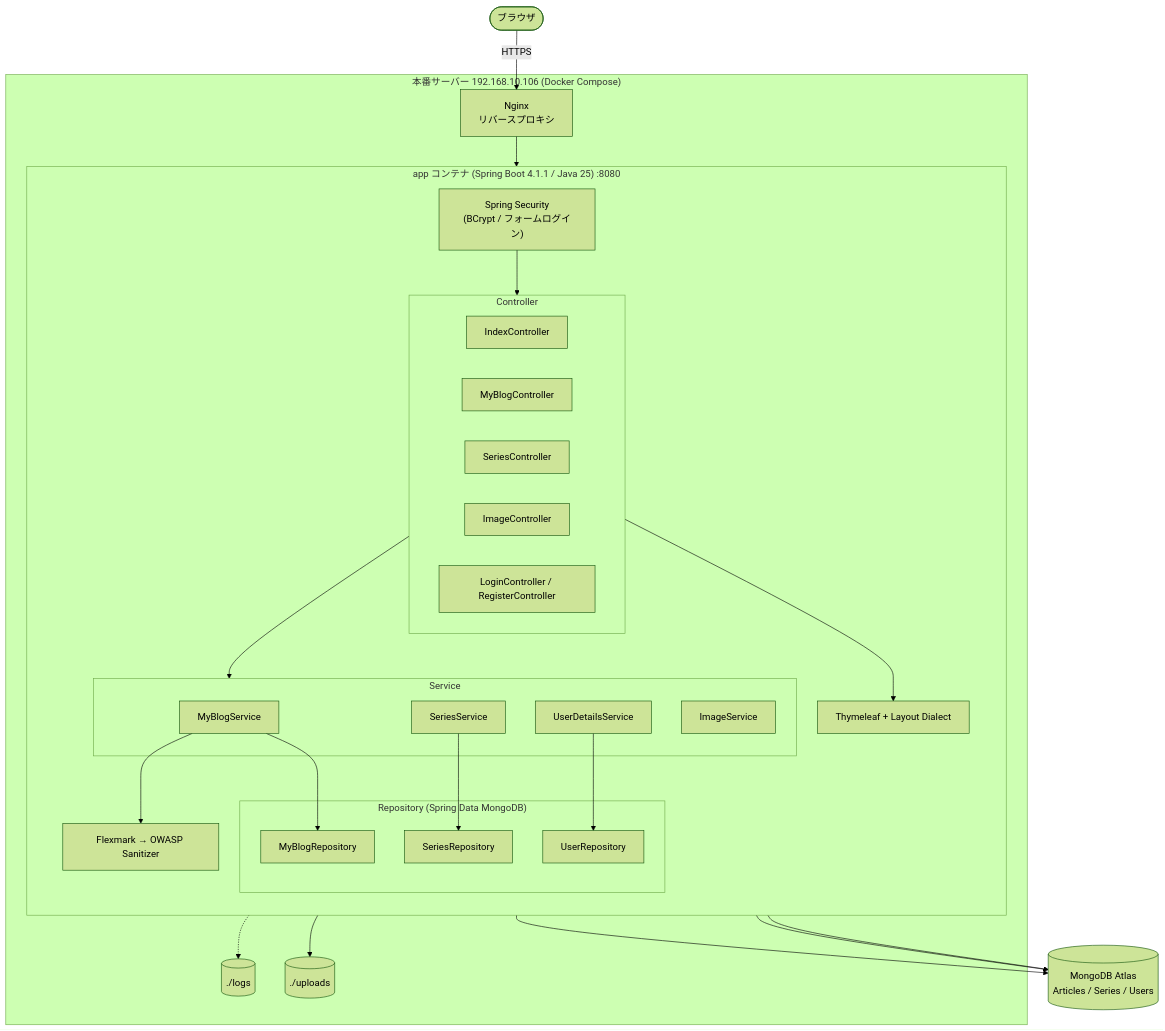
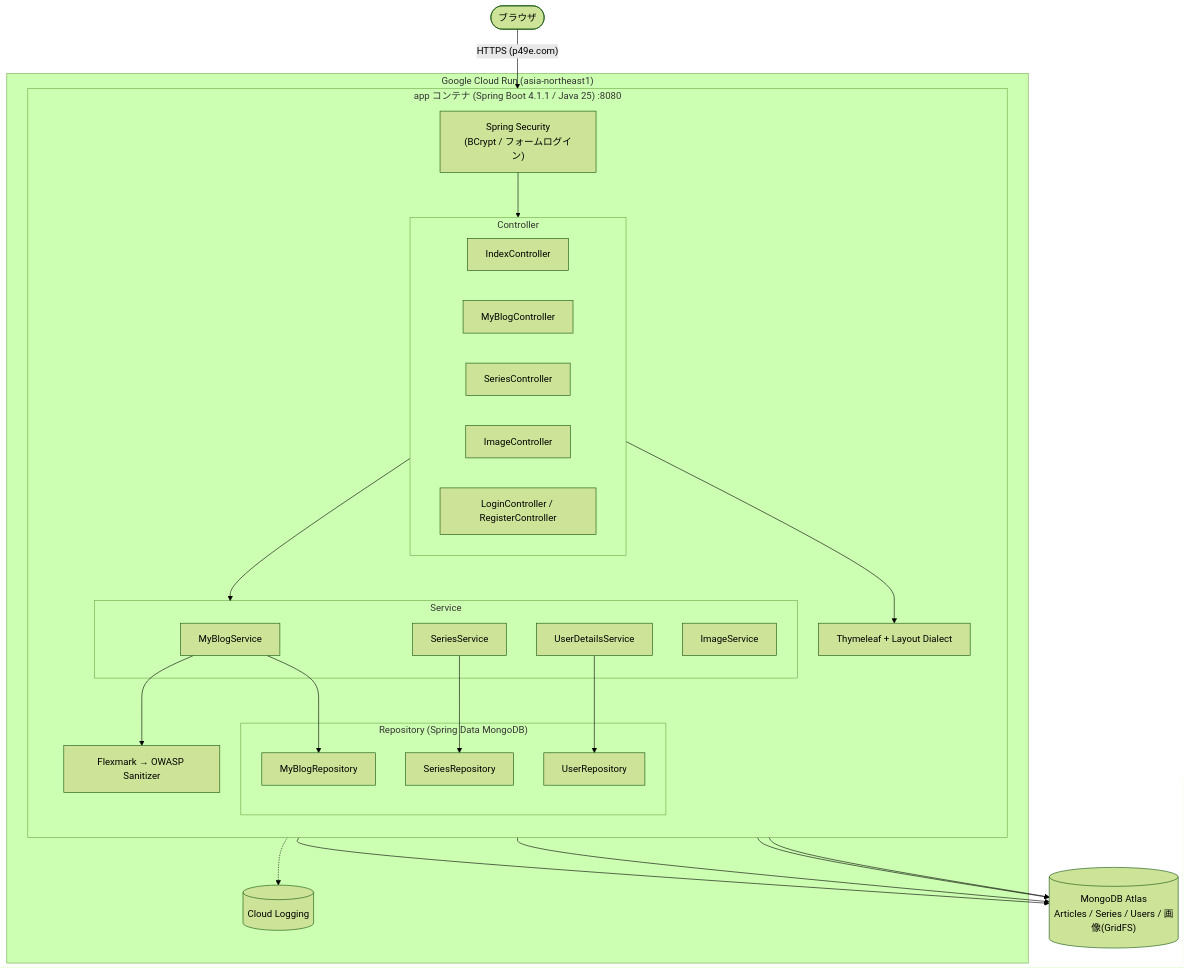
One commit to shun35960/MyBlog2 changed the first of 2 diagrams in docs/architecture.md. Above: the diagram before and after it, drawn with Mermaid (forest theme). The commit also changed other lines of this file and 12 other files, not shown here.

First line of the commit message:
chore: Cloud Run 移行で不要になったセルフホスト関連ファイルを削除

````diff
--- a/docs/architecture.md
+++ b/docs/architecture.md
@@ -5,53 +5,50 @@
 ```mermaid
 flowchart TB
     User([ブラウザ])
 
-    subgraph Server["本番サーバー 192.168.10.106 (Docker Compose)"]
-        Nginx["Nginx<br/>リバースプロキシ"]
-
+    subgraph Server["Google Cloud Run (asia-northeast1)"]
         subgraph App["app コンテナ (Spring Boot 4.1.1 / Java 25) :8080"]
             direction TB
             Security["Spring Security<br/>(BCrypt / フォームログイン)"]
 
             subgraph Controllers["Controller"]
                 C1[IndexController]
                 C2[MyBlogController]
                 C3[SeriesController]
                 C4[ImageController]
                 C5[LoginController / RegisterController]
             end
 
             subgraph Services["Service"]
                 S1[MyBlogService]
                 S2[SeriesService]
                 S3[ImageService]
                 S4[UserDetailsService]
             end
 
             subgraph Repos["Repository (Spring Data MongoDB)"]
                 R1[MyBlogRepository]
                 R2[SeriesRepository]
                 R3[UserRepository]
             end
 
             View["Thymeleaf + Layout Dialect"]
             MD["Flexmark → OWASP Sanitizer"]
         end
 
-        Logs[("./logs")]
-        Uploads[("./uploads")]
+        Logs[("Cloud Logging")]
     end
 
-    Mongo[("MongoDB Atlas<br/>Articles / Series / Users")]
+    Mongo[("MongoDB Atlas<br/>Articles / Series / Users / 画像(GridFS)")]
 
-    User -->|HTTPS| Nginx --> Security --> Controllers
+    User -->|"HTTPS (p49e.com)"| Security --> Controllers
     Controllers --> Services
     Controllers --> View
     S1 --> MD
     S1 --> R1
     S2 --> R2
     S4 --> R3
-    S3 --> Uploads
+    S3 --> Mongo
     R1 & R2 & R3 --> Mongo
     App -.-> Logs
 ```
````
